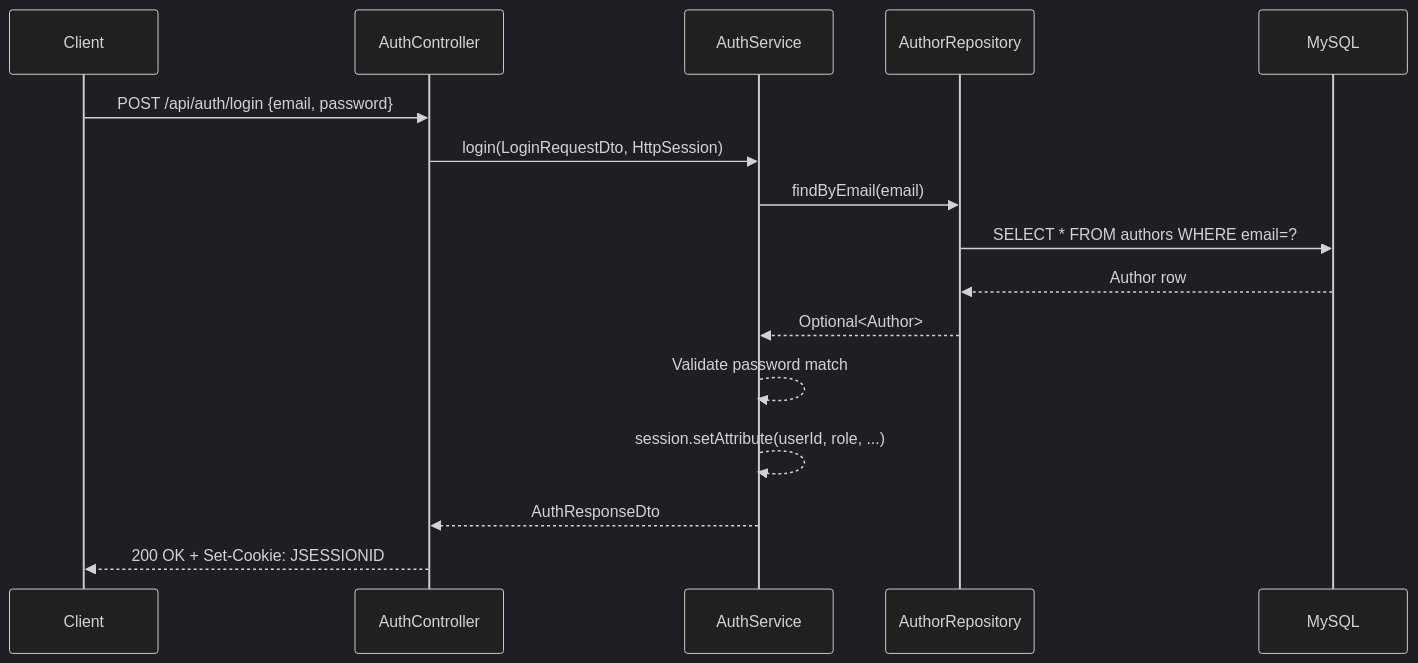
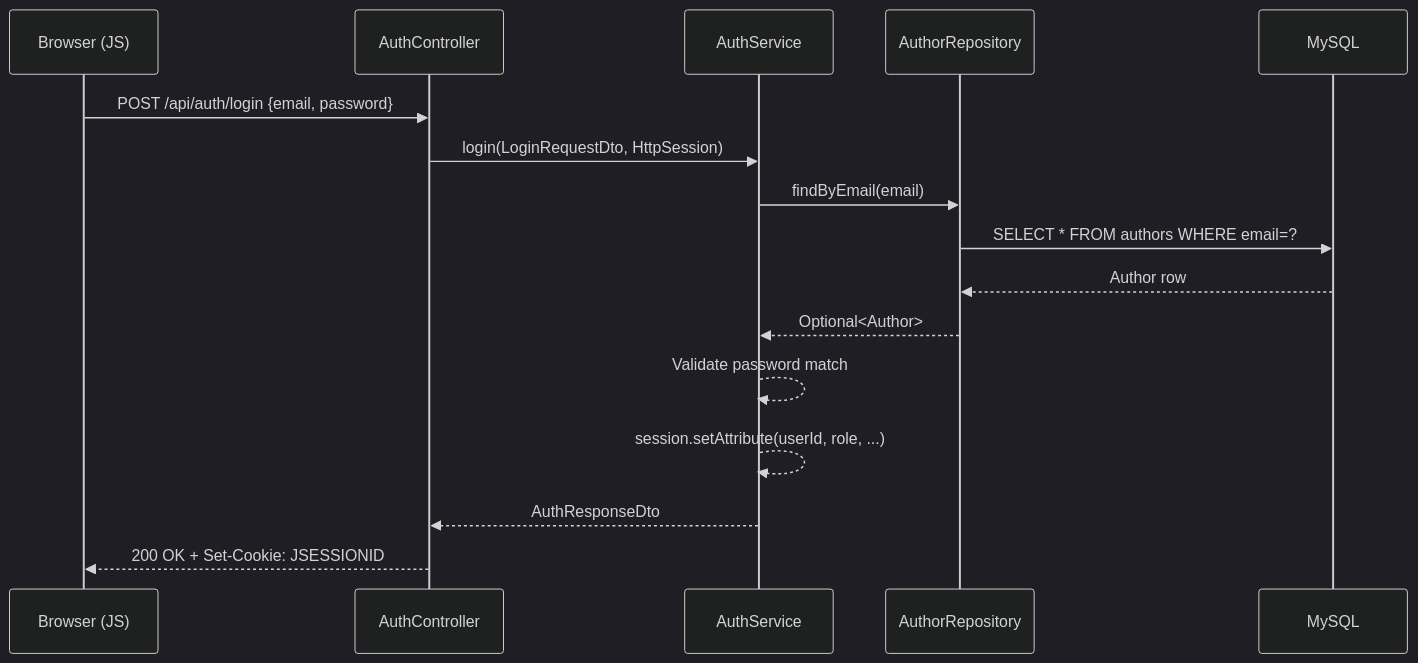
The fifth of 5 diagrams in README.md (neeraj2710/BlogHub), drawn with Mermaid (dark theme) before and after one commit. The commit also changed other lines of this file, not shown here.

````diff
--- a/README.md
+++ b/README.md
@@ -184,19 +214,19 @@
 ```mermaid
 sequenceDiagram
-    participant C as Client
+    participant B as Browser (JS)
     participant AC as AuthController
     participant AS as AuthService
     participant AR as AuthorRepository
     participant DB as MySQL
 
-    C->>AC: POST /api/auth/login {email, password}
+    B->>AC: POST /api/auth/login {email, password}
     AC->>AS: login(LoginRequestDto, HttpSession)
     AS->>AR: findByEmail(email)
     AR->>DB: SELECT * FROM authors WHERE email=?
     DB-->>AR: Author row
     AR-->>AS: Optional<Author>
     AS-->>AS: Validate password match
     AS-->>AS: session.setAttribute(userId, role, ...)
     AS-->>AC: AuthResponseDto
-    AC-->>C: 200 OK + Set-Cookie: JSESSIONID
+    AC-->>B: 200 OK + Set-Cookie: JSESSIONID
 ```
````
